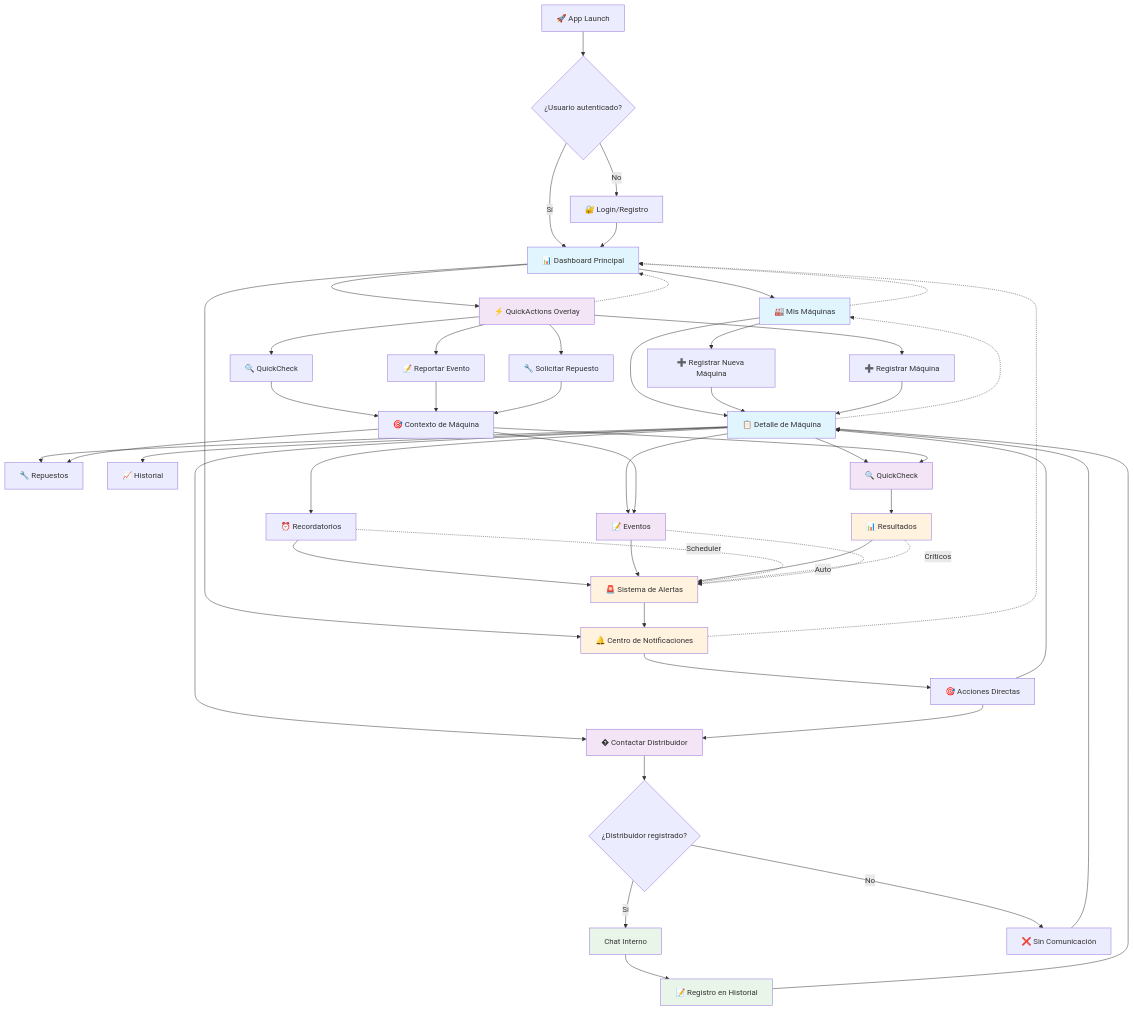
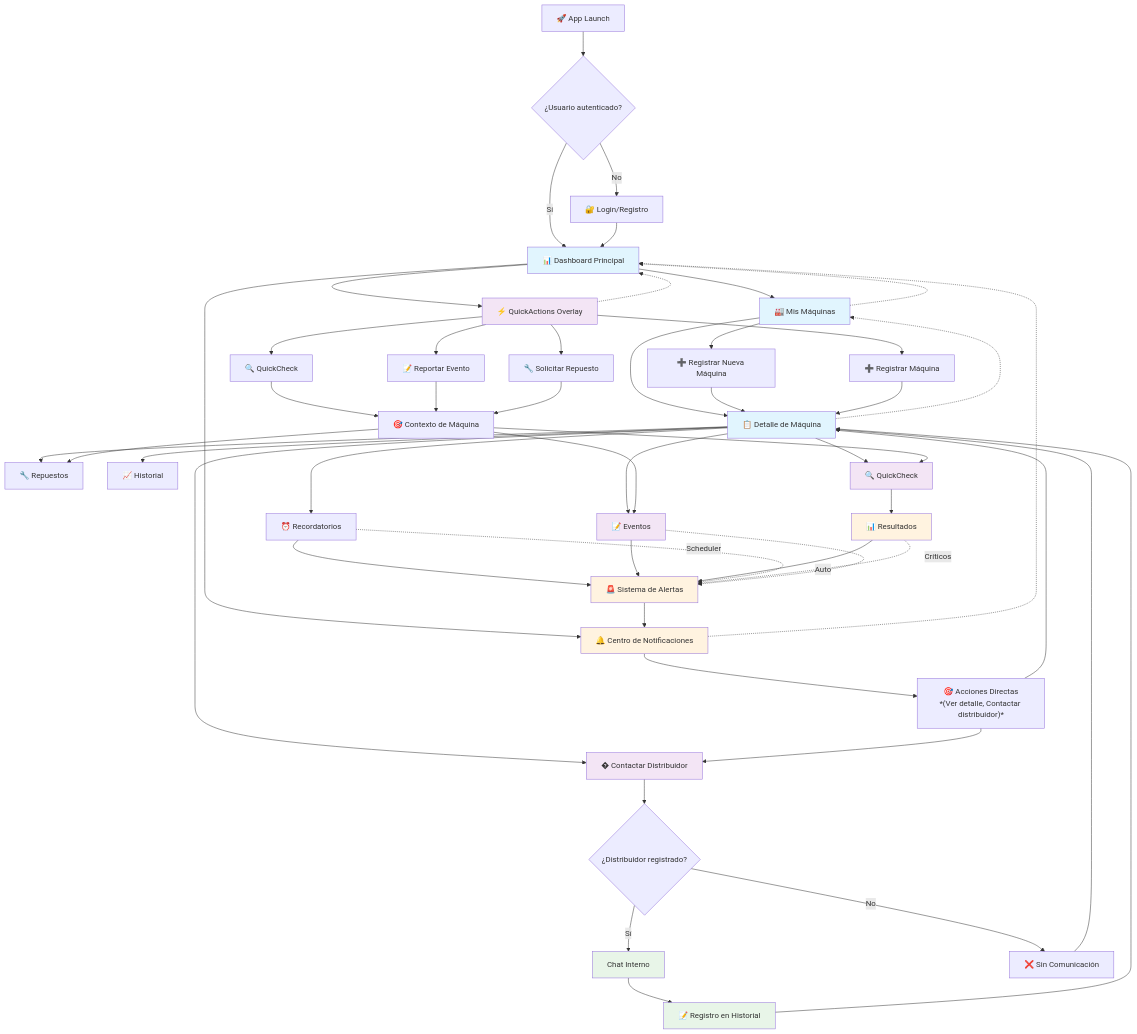
The ninth of 9 diagrams in docs/userJourney.md (MarkMed/FleetMan), drawn with Mermaid before and after one commit.

Commit message:
Refactor QuickActions and machine flow: enhance machine detail navigation and streamline QuickActions context

```diff
--- a/docs/userJourney.md
+++ b/docs/userJourney.md
@@ -286,22 +286,15 @@
     DASHBOARD --> QUICKACTIONS[⚡ QuickActions Overlay]
     DASHBOARD --> NOTIFICATIONS[🔔 Centro de Notificaciones]
     
-    %% Flujo de Máquinas
-    MACHINES --> MACHINE_DETAIL[📋 Detalle de Máquina]
-    MACHINES --> NEW_MACHINE[➕ Registrar Nueva Máquina]
-    NEW_MACHINE --> MACHINE_DETAIL
-    
     %% QuickActions - Acciones Rápidas
     QUICKACTIONS --> QA_QUICKCHECK[🔍 QuickCheck]
     QUICKACTIONS --> QA_EVENT[📝 Reportar Evento]
     QUICKACTIONS --> QA_SPARE[🔧 Solicitar Repuesto]
     QUICKACTIONS --> QA_NEW_MACHINE[➕ Registrar Máquina]
-    
-    %% Convergencia de QuickActions a contexto de máquina
-    QA_QUICKCHECK --> MACHINE_CONTEXT[🎯 Contexto de Máquina]
-    QA_EVENT --> MACHINE_CONTEXT
-    QA_SPARE --> MACHINE_CONTEXT
-    QA_NEW_MACHINE --> MACHINE_DETAIL
+    %% Flujo de Máquinas
+    MACHINES --> MACHINE_DETAIL[📋 Detalle de Máquina]
+    MACHINES --> NEW_MACHINE[➕ Registrar Nueva Máquina]
+    NEW_MACHINE --> MACHINE_DETAIL
     
     %% Gestión desde Detalle de Máquina
     MACHINE_DETAIL --> REMINDERS[⏰ Recordatorios]
@@ -310,6 +303,13 @@
     MACHINE_DETAIL --> HISTORY[📈 Historial]
     MACHINE_DETAIL --> QUICKCHECK[🔍 QuickCheck]
     MACHINE_DETAIL --> CONTACT[� Contactar Distribuidor]
+    
+    %% Convergencia de QuickActions a contexto de máquina
+    QA_QUICKCHECK --> MACHINE_CONTEXT[🎯 Contexto de Máquina]
+    QA_EVENT --> MACHINE_CONTEXT
+    QA_SPARE --> MACHINE_CONTEXT
+    QA_NEW_MACHINE --> MACHINE_DETAIL
+    
     
     %% Flujos de trabajo específicos
     MACHINE_CONTEXT --> QUICKCHECK
@@ -324,7 +324,7 @@
     
     %% Sistema de Notificaciones
     ALERTS --> NOTIFICATIONS
-    NOTIFICATIONS --> ACTIONS[🎯 Acciones Directas]
+    NOTIFICATIONS --> ACTIONS[🎯 Acciones Directas<br/>*#40;Ver detalle, Contactar distribuidor#41;*]
     ACTIONS --> MACHINE_DETAIL
     ACTIONS --> CONTACT
     
```
